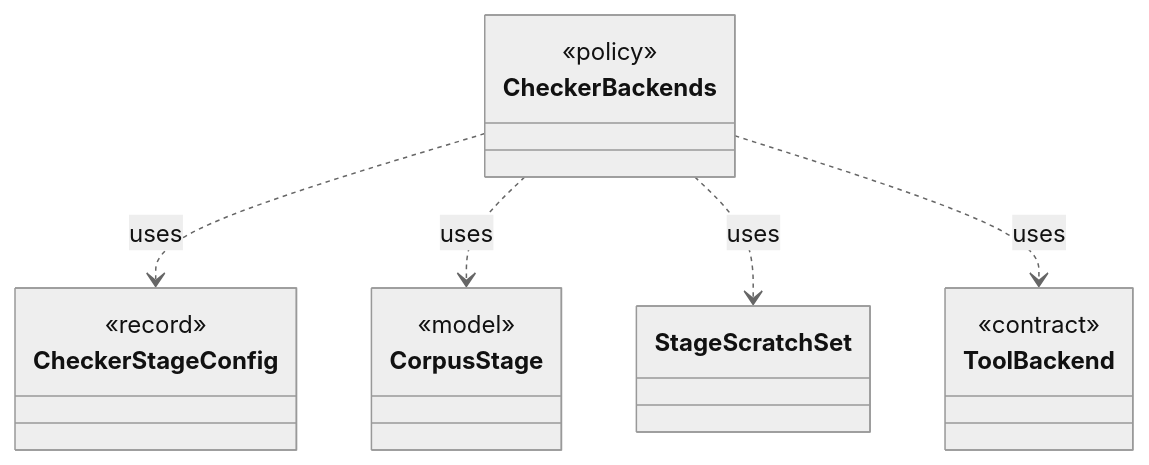
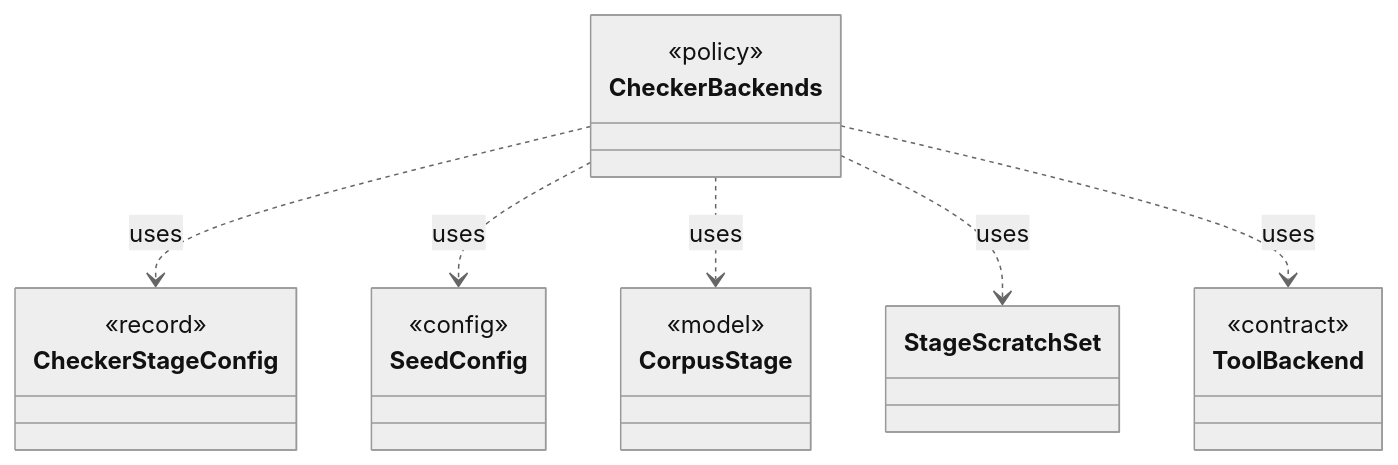
One commit to tlaplus/model-checker-hardening changed the diagram in dev/types/io.github.tlaplus.hardening.workflow.CheckerBackends.md. Above: the diagram before and after it, drawn with Mermaid (neutral theme). The commit also changed other lines of this file and 402 other files, not shown here.

````diff
--- a/dev/types/io.github.tlaplus.hardening.workflow.CheckerBackends.md
+++ b/dev/types/io.github.tlaplus.hardening.workflow.CheckerBackends.md
@@ -7,20 +7,24 @@
 ```mermaid
 classDiagram
   class CheckerBackends {
     <<policy>>
   }
   class CheckerStageConfig {
     <<record>>
+  }
+  class SeedConfig {
+    <<config>>
   }
   class CorpusStage {
     <<model>>
   }
   class StageScratchSet
   class ToolBackend {
     <<contract>>
   }
   CheckerBackends ..> CheckerStageConfig : uses
+  CheckerBackends ..> SeedConfig : uses
   CheckerBackends ..> CorpusStage : uses
   CheckerBackends ..> StageScratchSet : uses
   CheckerBackends ..> ToolBackend : uses
 ```
````
